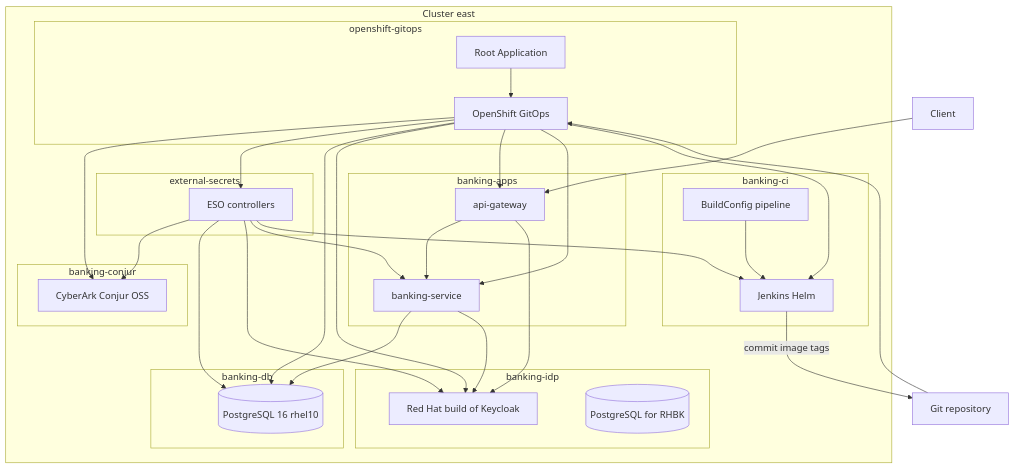
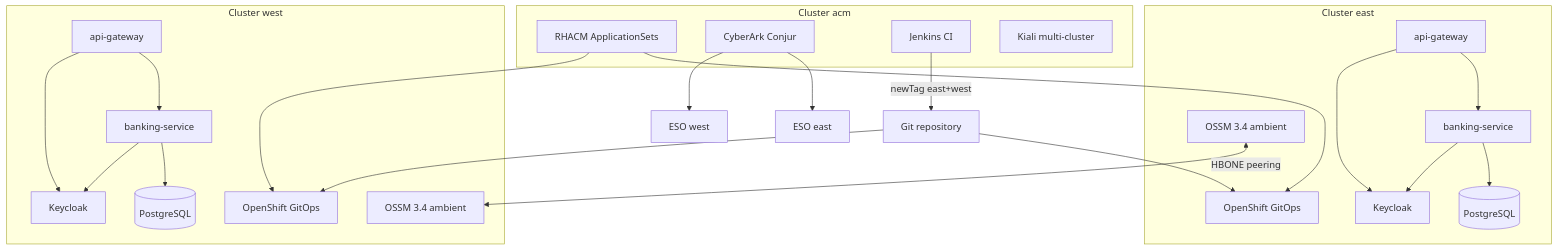
One commit to panchoraposo/demo-spring changed the diagram in docs/architecture.md. Above: the diagram before and after it, drawn with Mermaid. The commit also changed other lines of this file and 108 other files, not shown here.

First line of the commit message:
feat: multi-cluster GitOps for acm/east/west with ambient mesh

````diff
--- a/docs/architecture.md
+++ b/docs/architecture.md
@@ -7,52 +16,44 @@
 ```mermaid
 flowchart TB
-  subgraph east [Cluster east]
-    subgraph gitopsNS [openshift-gitops]
-      RootApp[Root Application]
-      Argo[OpenShift GitOps]
-    end
-    subgraph conjurNS [banking-conjur]
-      Conjur[CyberArk Conjur OSS]
-    end
-    subgraph esoNS [external-secrets]
-      ESO[ESO controllers]
-    end
-    subgraph ciNS [banking-ci]
-      Jenkins[Jenkins Helm]
-      BC[BuildConfig pipeline]
-    end
-    subgraph idpNS [banking-idp]
-      RHBK[Red Hat build of Keycloak]
-      KCDB[(PostgreSQL for RHBK)]
-    end
-    subgraph dbNS [banking-db]
-      PG[(PostgreSQL 16 rhel10)]
-    end
-    subgraph appsNS [banking-apps]
-      GW[api-gateway]
-      BS[banking-service]
-    end
+  subgraph acmHub [Cluster acm]
+    ACM[RHACM ApplicationSets]
+    Conjur[CyberArk Conjur]
+    Jenkins[Jenkins CI]
+    KialiHub[Kiali multi-cluster]
   end
 
-  Client --> GW
-  GW --> BS
-  BS --> PG
-  GW --> RHBK
-  BS --> RHBK
-  ESO --> Conjur
-  ESO --> PG
-  ESO --> RHBK
-  ESO --> BS
-  ESO --> Jenkins
-  BC --> Jenkins
-  Jenkins -->|commit image tags| GitRepo[Git repository]
-  GitRepo --> Argo
-  RootApp --> Argo
-  Argo --> Conjur
-  Argo --> ESO
-  Argo --> PG
-  Argo --> RHBK
-  Argo --> GW
-  Argo --> BS
-  Argo --> Jenkins
+  subgraph eastSpoke [Cluster east]
+    ArgoE[OpenShift GitOps]
+    MeshE[OSSM 3.4 ambient]
+    PGE[(PostgreSQL)]
+    KCE[Keycloak]
+    GWE[api-gateway]
+    BSE[banking-service]
+  end
+
+  subgraph westSpoke [Cluster west]
+    ArgoW[OpenShift GitOps]
+    MeshW[OSSM 3.4 ambient]
+    PGW[(PostgreSQL)]
+    KCW[Keycloak]
+    GWW[api-gateway]
+    BSW[banking-service]
+  end
+
+  ACM --> ArgoE
+  ACM --> ArgoW
+  Conjur --> ESO_E[ESO east]
+  Conjur --> ESO_W[ESO west]
+  GWE --> BSE
+  BSE --> PGE
+  GWE --> KCE
+  BSE --> KCE
+  GWW --> BSW
+  BSW --> PGW
+  GWW --> KCW
+  BSW --> KCW
+  MeshE <-->|HBONE peering| MeshW
+  Jenkins -->|newTag east+west| GitRepo[Git repository]
+  GitRepo --> ArgoE
+  GitRepo --> ArgoW
 ```
````
